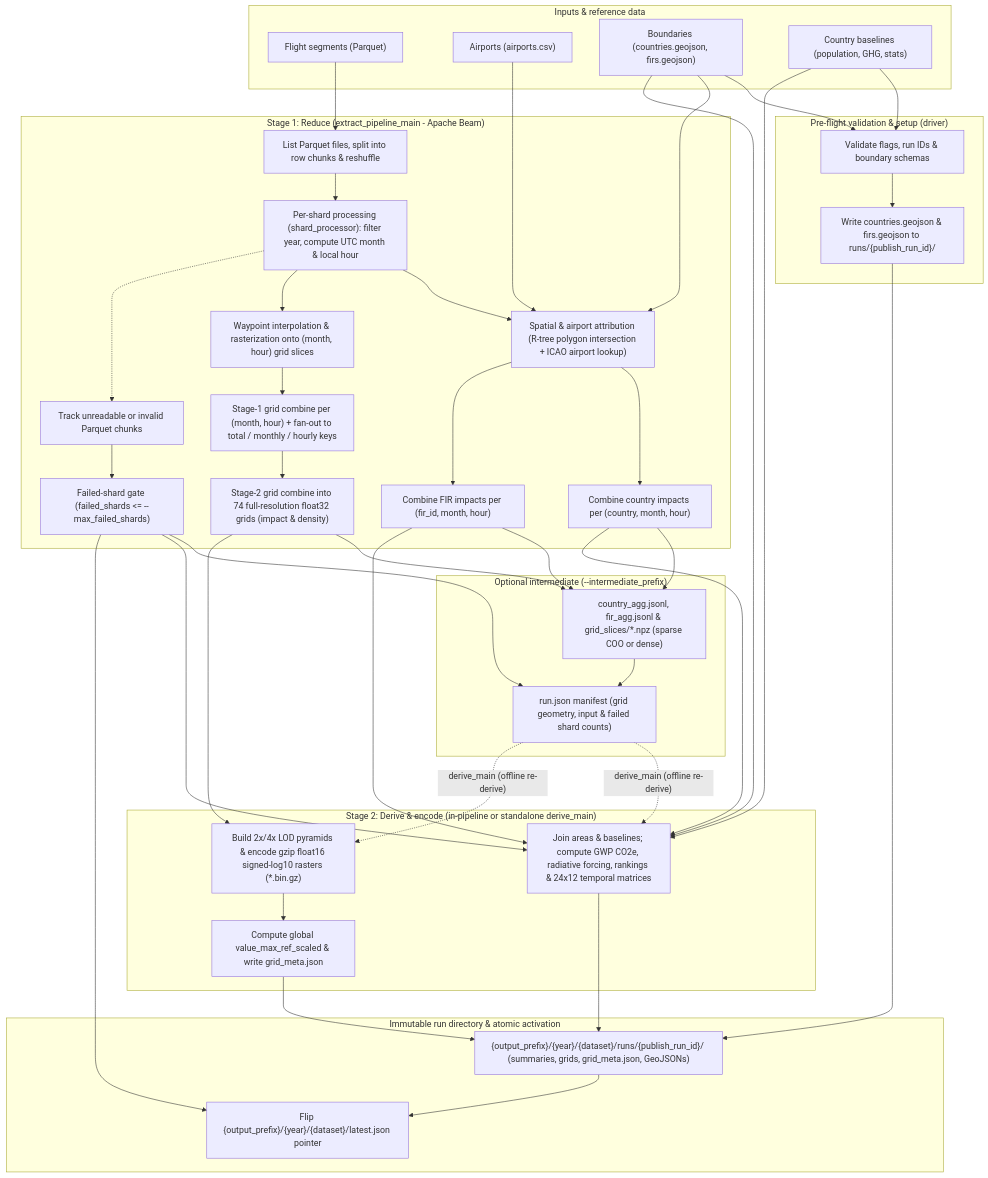
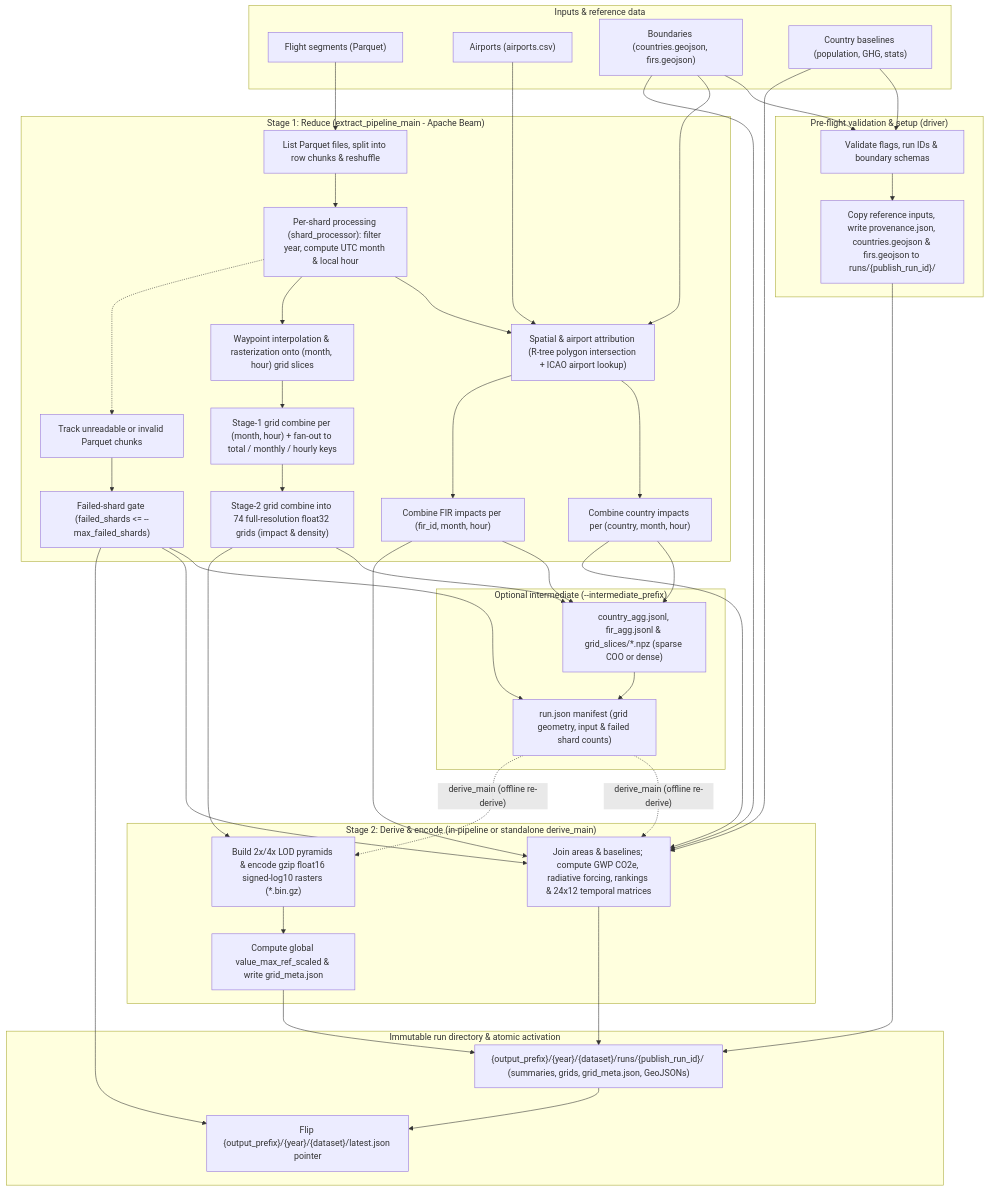
The diagram in data_extraction/README.md (contrailcirrus/regional-impact-explorer), drawn with Mermaid before and after one commit. The commit also changed other lines of this file and 8 other files, not shown here.

First line of the commit message:
Record data provenance in every published run

```diff
--- a/data_extraction/README.md
+++ b/data_extraction/README.md
@@ -38,7 +38,7 @@
 
   subgraph Preflight["Pre-flight validation & setup (driver)"]
     Validate["Validate flags, run IDs & boundary schemas"]
-    WriteGeo["Write countries.geojson & firs.geojson to runs/{publish_run_id}/"]
+    WriteGeo["Copy reference inputs, write provenance.json, countries.geojson & firs.geojson to runs/{publish_run_id}/"]
     Validate --> WriteGeo
   end
 
```
